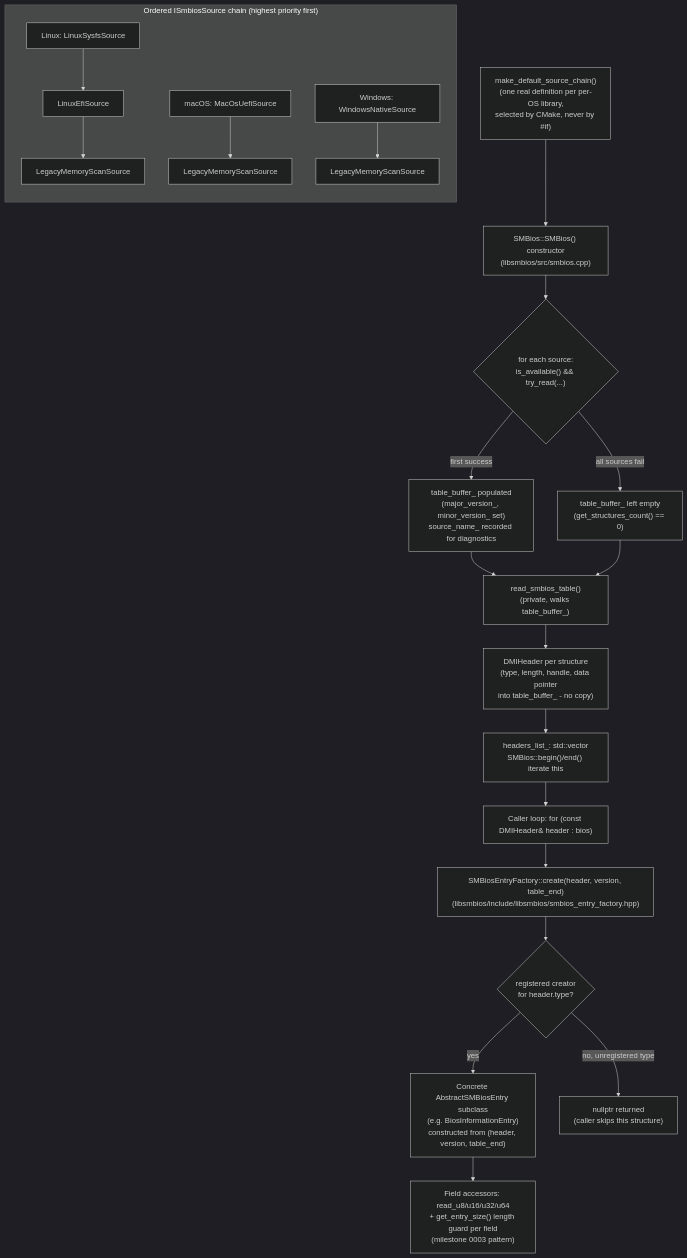
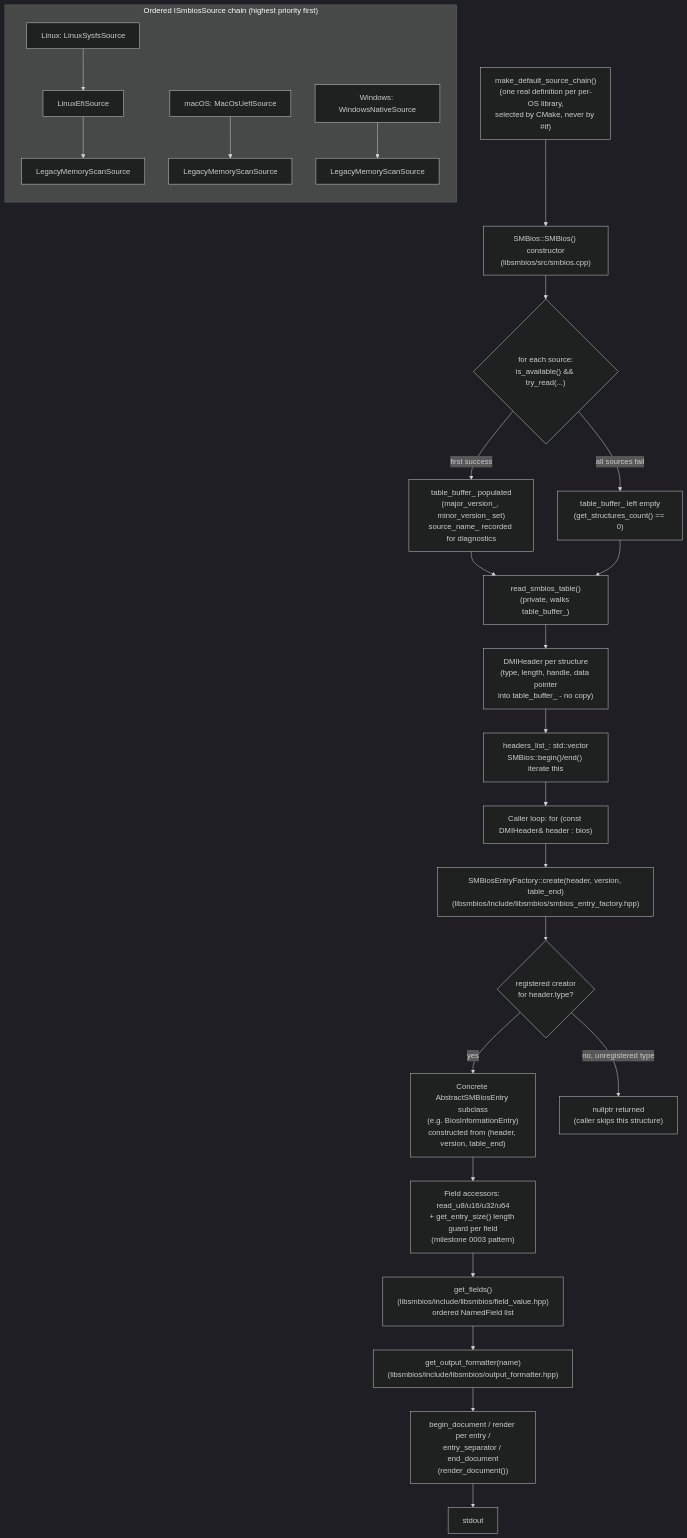
The diagram in docs/architecture/overview.md (yuchdev/SmbiosUtil), drawn with Mermaid (dark theme) before and after one commit. The commit also changed other lines of this file and 3 other files, not shown here.

Commit message:
docs: document --format, formatter registry and Linux sysfs privileges

````diff
--- a/docs/architecture/overview.md
+++ b/docs/architecture/overview.md
@@ -55,25 +55,29 @@
 ```mermaid
 flowchart TD
     A["make_default_source_chain()\n(one real definition per per-OS library,\nselected by CMake, never by #if)"] --> B
 
     subgraph chain["Ordered ISmbiosSource chain (highest priority first)"]
         direction TB
         L1["Linux: LinuxSysfsSource"] --> L2["LinuxEfiSource"] --> L3["LegacyMemoryScanSource"]
         M1["macOS: MacOsUefiSource"] --> M3["LegacyMemoryScanSource"]
         W1["Windows: WindowsNativeSource"] --> W3["LegacyMemoryScanSource"]
     end
 
     B["SMBios::SMBios() constructor\n(libsmbios/src/smbios.cpp)"] --> C{"for each source:\nis_available() && try_read(...)"}
     C -->|first success| D["table_buffer_ populated\n(major_version_, minor_version_ set)\nsource_name_ recorded for diagnostics"]
     C -->|all sources fail| D0["table_buffer_ left empty\n(get_structures_count() == 0)"]
     D --> E["read_smbios_table()\n(private, walks table_buffer_)"]
     D0 --> E
     E --> F["DMIHeader per structure\n(type, length, handle, data pointer\ninto table_buffer_ - no copy)"]
     F --> G["headers_list_: std::vector<DMIHeader>\nSMBios::begin()/end() iterate this"]
     G --> H["Caller loop: for (const DMIHeader& header : bios)"]
     H --> I["SMBiosEntryFactory::create(header, version, table_end)\n(libsmbios/include/libsmbios/smbios_entry_factory.hpp)"]
     I --> J{"registered creator\nfor header.type?"}
     J -->|yes| K["Concrete AbstractSMBiosEntry subclass\n(e.g. BiosInformationEntry)\nconstructed from (header, version, table_end)"]
     J -->|no, unregistered type| K0["nullptr returned\n(caller skips this structure)"]
     K --> N["Field accessors: read_u8/u16/u32/u64\n+ get_entry_size() length guard per field\n(milestone 0003 pattern)"]
+    N --> O["get_fields()\n(libsmbios/include/libsmbios/field_value.hpp)\nordered NamedField list"]
+    O --> P["get_output_formatter(name)\n(libsmbios/include/libsmbios/output_formatter.hpp)"]
+    P --> Q["begin_document / render per entry /\nentry_separator / end_document\n(render_document())"]
+    Q --> R["stdout"]
 ```
````
